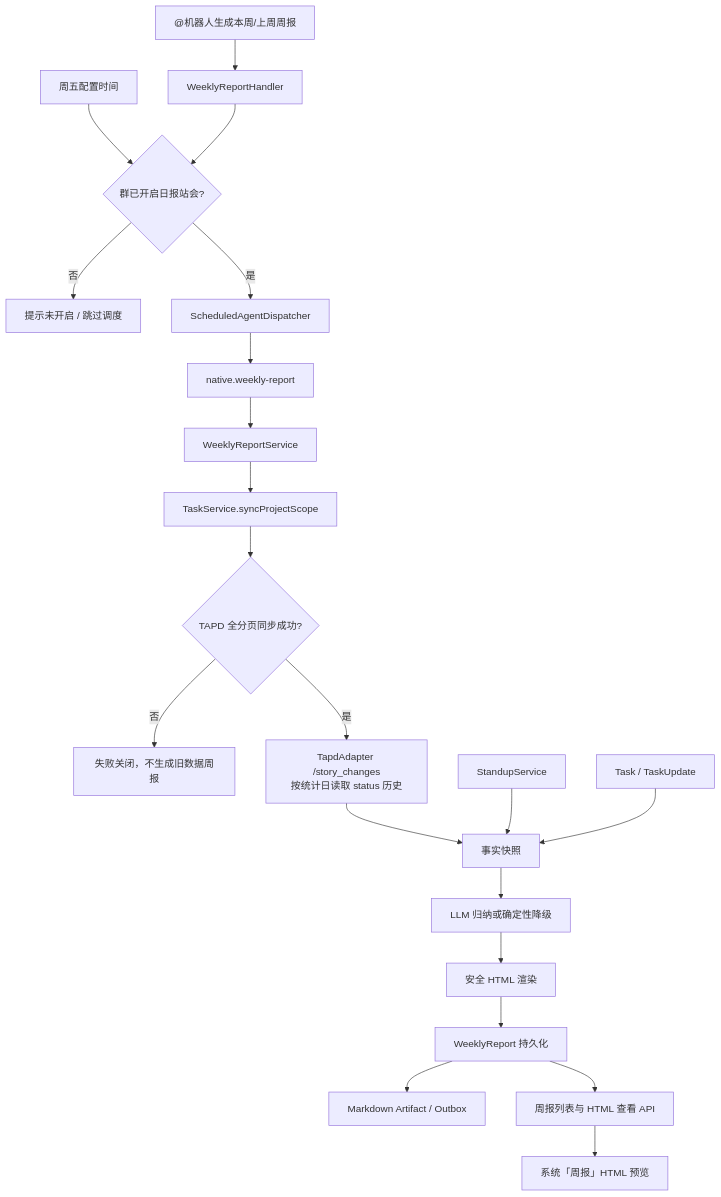
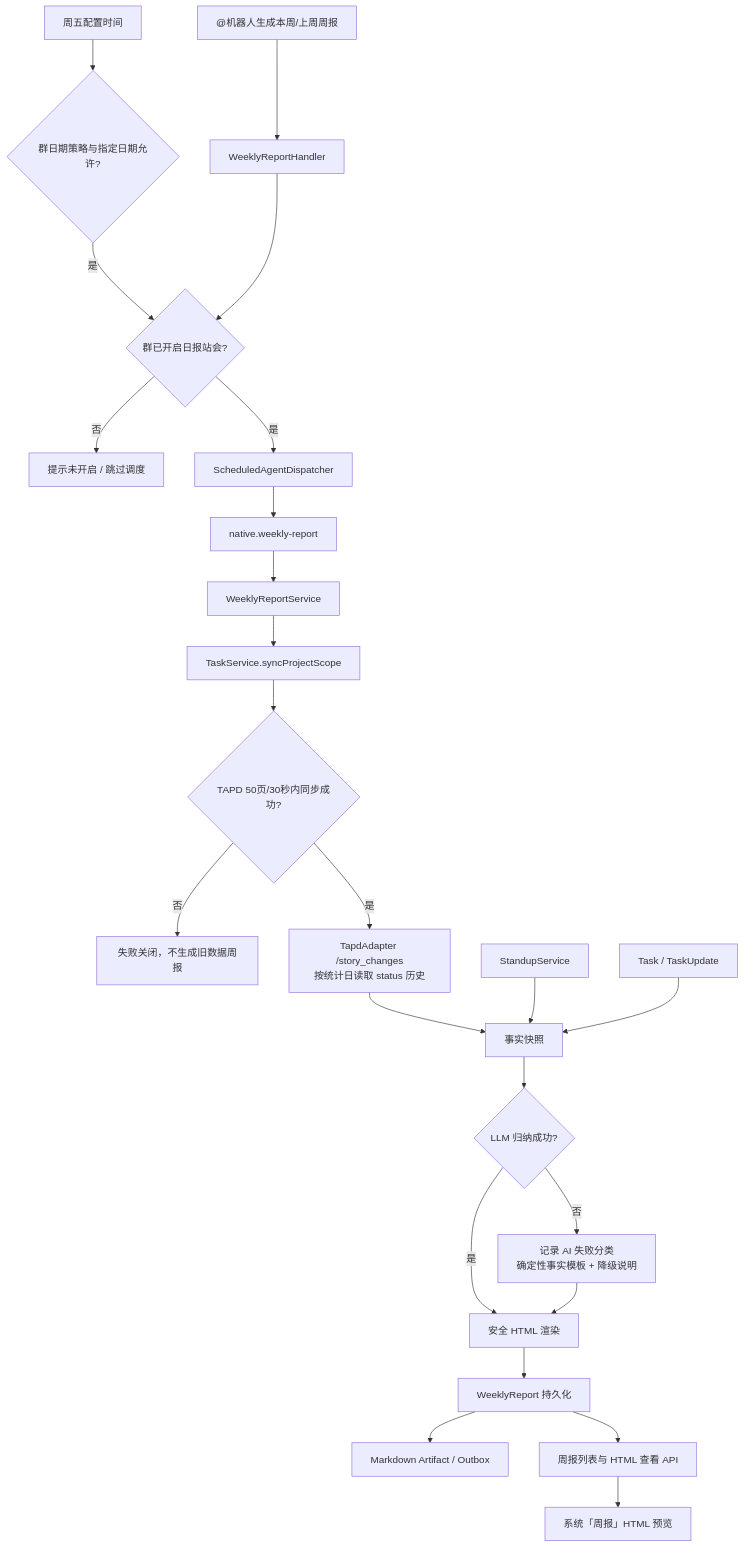
One commit to KlayPeter/AI-Delivery-Ops-Agent changed the diagram in backend/src/domains/weeklyReport/FEATURE.md. Above: the diagram before and after it, drawn with Mermaid. The commit also changed other lines of this file and 80 other files, not shown here.

````diff
--- a/backend/src/domains/weeklyReport/FEATURE.md
+++ b/backend/src/domains/weeklyReport/FEATURE.md
@@ -20,23 +20,26 @@
 ```mermaid
 flowchart TD
     U["@机器人生成本周/上周周报"] --> H["WeeklyReportHandler"]
-    S["周五配置时间"] --> G{"群已开启日报站会?"}
+    S["周五配置时间"] --> HC{"群日期策略与指定日期允许?"}
+    HC -- "是" --> G{"群已开启日报站会?"}
     H --> G
     G -- 否 --> X0["提示未开启 / 跳过调度"]
     G -- 是 --> D["ScheduledAgentDispatcher"]
     D --> A["native.weekly-report"]
     A --> W["WeeklyReportService"]
     W --> T["TaskService.syncProjectScope"]
-    T --> P{"TAPD 全分页同步成功?"}
+    T --> P{"TAPD 50页/30秒内同步成功?"}
     P -- 否 --> X["失败关闭，不生成旧数据周报"]
     P -- 是 --> TH["TapdAdapter /story_changes\n按统计日读取 status 历史"]
     TH --> F["事实快照"]
     ST["StandupService"] --> F
     TU["Task / TaskUpdate"] --> F
-    F --> N["LLM 归纳或确定性降级"]
-    N --> R["安全 HTML 渲染"]
+    F --> N{"LLM 归纳成功?"}
+    N -- 是 --> R["安全 HTML 渲染"]
+    N -- 否 --> NF["记录 AI 失败分类<br/>确定性事实模板 + 降级说明"]
+    NF --> R
     R --> DB["WeeklyReport 持久化"]
     DB --> O["Markdown Artifact / Outbox"]
     DB --> API["周报列表与 HTML 查看 API"]
     API --> UI["系统「周报」HTML 预览"]
 ```
````
